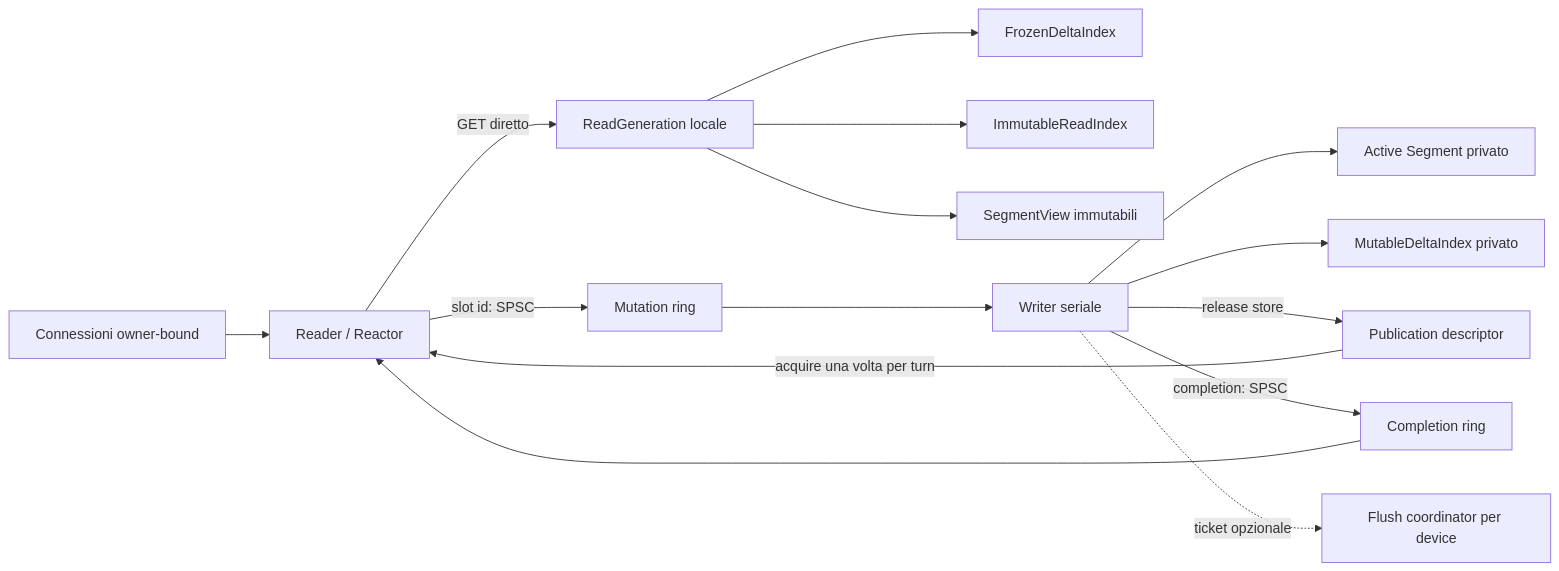
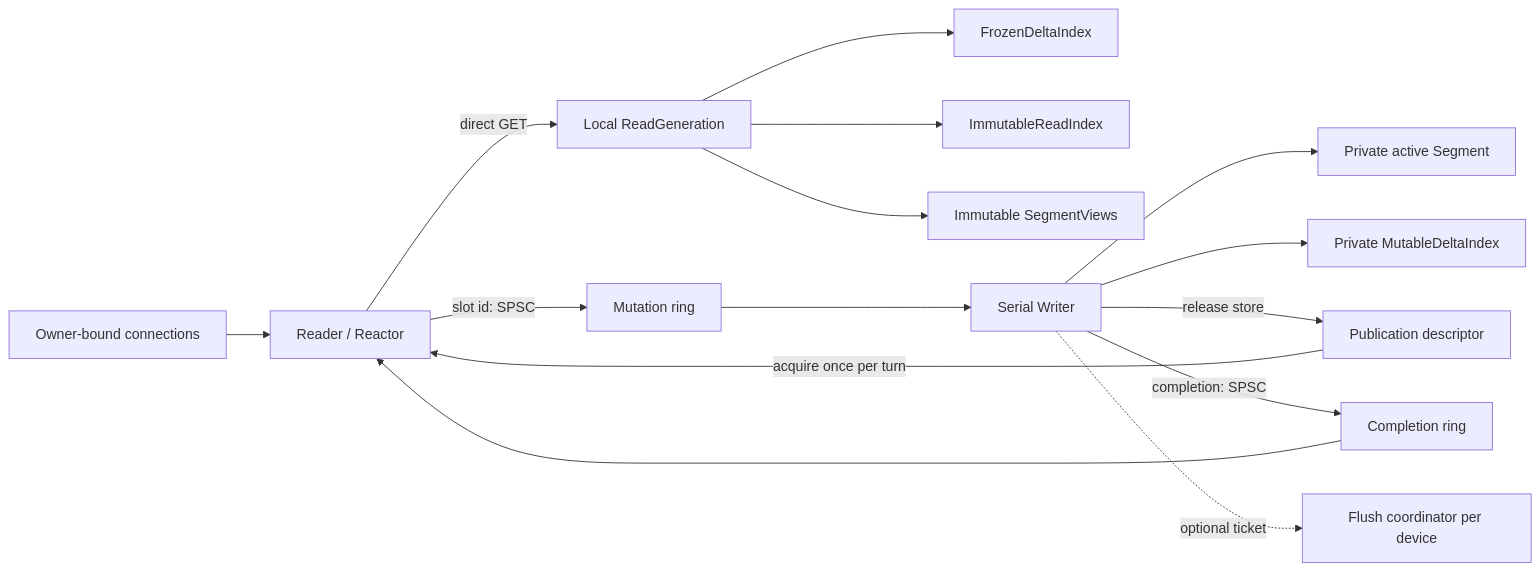
The first of 3 diagrams in docs/adr/paired-reader-writer-shards.md (gipidevdor/GlifiStore), drawn with Mermaid before and after one commit. The commit also changed other lines of this file and 178 other files, not shown here.

````diff
--- a/docs/adr/paired-reader-writer-shards.md
+++ b/docs/adr/paired-reader-writer-shards.md
@@ -66,17 +66,17 @@
 ```mermaid
 flowchart LR
-    C["Connessioni owner-bound"] --> R["Reader / Reactor"]
-    R -->|"GET diretto"| P["ReadGeneration locale"]
+    C["Owner-bound connections"] --> R["Reader / Reactor"]
+    R -->|"direct GET"| P["Local ReadGeneration"]
     P --> D["FrozenDeltaIndex"]
     P --> B["ImmutableReadIndex"]
-    P --> S["SegmentView immutabili"]
+    P --> S["Immutable SegmentViews"]
     R -->|"slot id: SPSC"| MQ["Mutation ring"]
-    MQ --> W["Writer seriale"]
-    W --> A["Active Segment privato"]
-    W --> MD["MutableDeltaIndex privato"]
+    MQ --> W["Serial Writer"]
+    W --> A["Private active Segment"]
+    W --> MD["Private MutableDeltaIndex"]
     W -->|"release store"| PUB["Publication descriptor"]
-    PUB -->|"acquire una volta per turn"| R
+    PUB -->|"acquire once per turn"| R
     W -->|"completion: SPSC"| CQ["Completion ring"]
     CQ --> R
-    W -. "ticket opzionale" .-> FC["Flush coordinator per device"]
+    W -. "optional ticket" .-> FC["Flush coordinator per device"]
 ```
````
